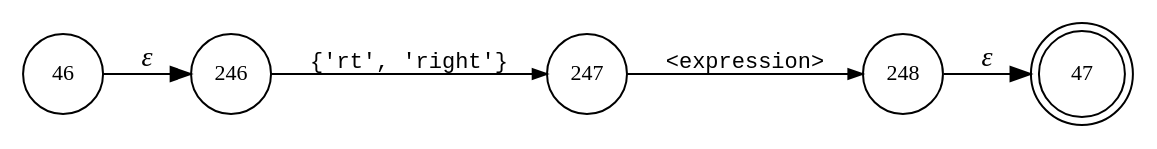
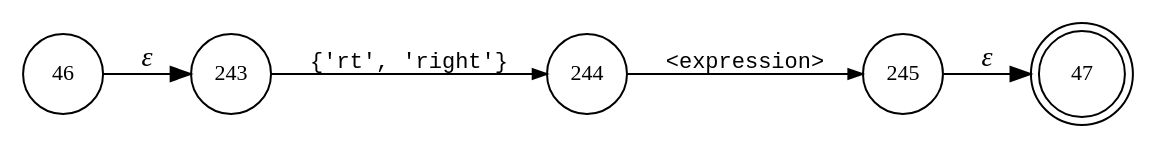
Before and after one commit to Shinigami072/Compilers-LogoInterpreter: the diagram in interpreter/logo/logo.rt.dot, drawn with Graphviz. The commit also changed 78 other files, not shown here.

```diff
--- a/interpreter/logo/logo.rt.dot
+++ b/interpreter/logo/logo.rt.dot
@@ -1,12 +1,12 @@
 digraph ATN {
 rankdir=LR;
 s47[fontsize=11, label="47", shape=doublecircle, fixedsize=true, width=.6];
-s246[fontsize=11,label="246", shape=circle, fixedsize=true, width=.55, peripheries=1];
-s247[fontsize=11,label="247", shape=circle, fixedsize=true, width=.55, peripheries=1];
-s248[fontsize=11,label="248", shape=circle, fixedsize=true, width=.55, peripheries=1];
+s243[fontsize=11,label="243", shape=circle, fixedsize=true, width=.55, peripheries=1];
+s244[fontsize=11,label="244", shape=circle, fixedsize=true, width=.55, peripheries=1];
+s245[fontsize=11,label="245", shape=circle, fixedsize=true, width=.55, peripheries=1];
 s46[fontsize=11,label="46", shape=circle, fixedsize=true, width=.55, peripheries=1];
-s46 -> s246 [fontname="Times-Italic", label="&epsilon;"];
-s246 -> s247 [fontsize=11, fontname="Courier", arrowsize=.7, label = "{'rt', 'right'}", arrowhead = normal];
-s247 -> s248 [fontsize=11, fontname="Courier", arrowsize=.7, label = "<expression>", arrowhead = normal];
-s248 -> s47 [fontname="Times-Italic", label="&epsilon;"];
+s46 -> s243 [fontname="Times-Italic", label="&epsilon;"];
+s243 -> s244 [fontsize=11, fontname="Courier", arrowsize=.7, label = "{'rt', 'right'}", arrowhead = normal];
+s244 -> s245 [fontsize=11, fontname="Courier", arrowsize=.7, label = "<expression>", arrowhead = normal];
+s245 -> s47 [fontname="Times-Italic", label="&epsilon;"];
 }
```
